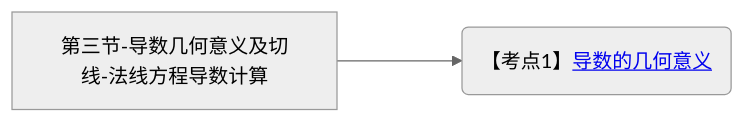
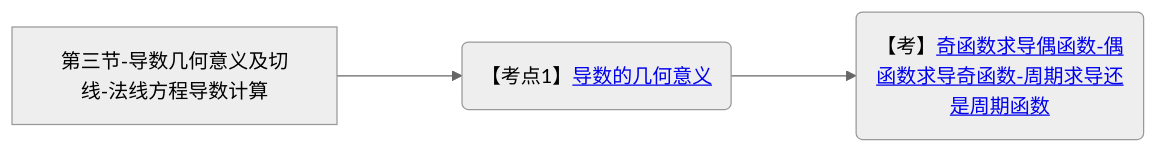
Before and after one commit to yuebinghui/note: diagram 13 of 13 in 笔记/数学/周洋鑫/01.基础班思维导图.md, drawn with Mermaid (neutral theme). The commit also changed 7 other files, not shown here.

````diff
--- a/笔记/数学/周洋鑫/01.基础班思维导图.md
+++ b/笔记/数学/周洋鑫/01.基础班思维导图.md
@@ -498,6 +498,7 @@
 ```mermaid
 graph LR
 第三节-导数几何意义及切线-法线方程导数计算
 
 第三节-导数几何意义及切线-法线方程导数计算--->导数的几何意义(【考点1】<a href="/Users/yuebinghui/Documents/program/github/note/笔记/数学/周洋鑫/基础班/14.导数的几何意义与微分定义.md#导数的几何意义">导数的几何意义</>)
+导数的几何意义--->奇函数求导偶函数-偶函数求导奇函数-周期求导还是周期函数(【考】<a href="/Users/yuebinghui/Documents/program/github/note/笔记/数学/周洋鑫/基础班/14.导数的几何意义与微分定义.md#奇函数求导偶函数-偶函数求导奇函数-周期求导还是周期函数">奇函数求导偶函数-偶函数求导奇函数-周期求导还是周期函数</>)
 ```
````
